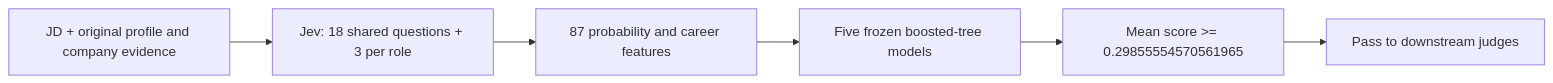
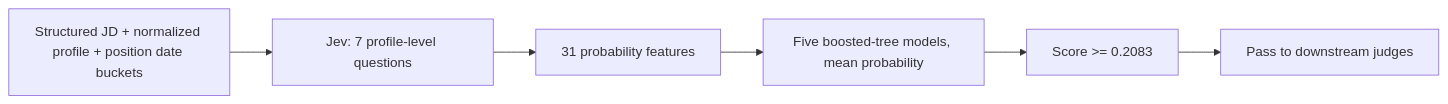
Before and after one commit to powerset-co/powerpacks: the diagram in packs/search/primitives/llm_rerank_candidates/jev/README.md, drawn with Mermaid. The commit also changed other lines of this file and 18 other files, not shown here.

First line of the commit message:
feat(search): profile-only Jev capability judge, default for JD runs

````diff
--- a/packs/search/primitives/llm_rerank_candidates/jev/README.md
+++ b/packs/search/primitives/llm_rerank_candidates/jev/README.md
@@ -8,8 +9,8 @@
 ```mermaid
 flowchart LR
-    A[JD + original profile and company evidence] --> B[Jev: 18 shared questions + 3 per role]
-    B --> C[87 probability and career features]
-    C --> D[Five frozen boosted-tree models]
-    D --> E[Mean score >= 0.29855554570561965]
+    A[Structured JD + normalized profile + position date buckets] --> B[Jev: 7 profile-level questions]
+    B --> C[31 probability features]
+    C --> D[Five boosted-tree models, mean probability]
+    D --> E[Score >= 0.2083]
     E --> F[Pass to downstream judges]
 ```
````
